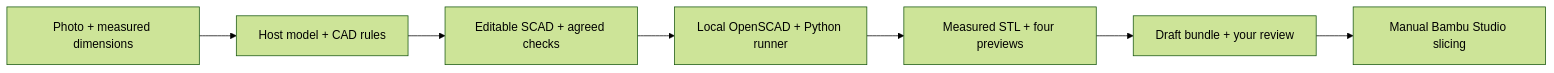
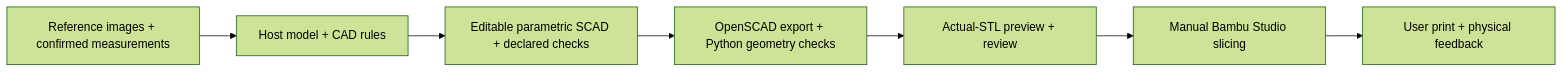
Before and after one commit to xrguin/capture-to-print: the diagram in README.md, drawn with Mermaid (forest theme). The commit also changed other lines of this file and 57 other files, not shown here.

````diff
--- a/README.md
+++ b/README.md
@@ -7,9 +52,9 @@
 ```mermaid
 flowchart LR
-    A[Photo + measured dimensions] --> B[Host model + CAD rules]
-    B --> C[Editable SCAD + agreed checks]
-    C --> D[Local OpenSCAD + Python runner]
-    D --> E[Measured STL + four previews]
-    E --> F[Draft bundle + your review]
-    F --> G[Manual Bambu Studio slicing]
+ A[Reference images + confirmed measurements] --> B[Host model + CAD rules]
+ B --> C[Editable parametric SCAD + declared checks]
+ C --> D[OpenSCAD export + Python geometry checks]
+ D --> E[Actual-STL preview + review]
+ E --> F[Manual Bambu Studio slicing]
+ F --> G[User print + physical feedback]
 ```
````
